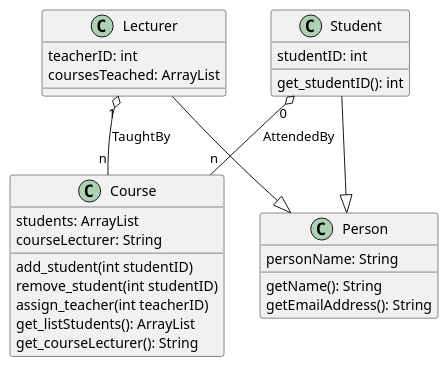
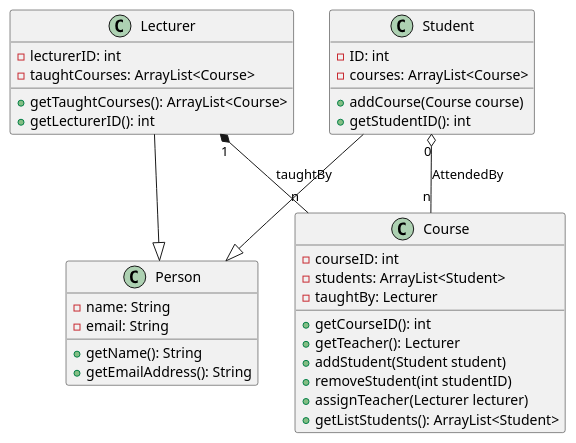
One commit to ronaldngounou/FoundSoftEng changed the diagram in Project1/project1_ex2.wsd. Above: the diagram before and after it, drawn with PlantUML. The commit also changed 2 other files, not shown here.

```diff
--- a/Project1/project1_ex2.wsd
+++ b/Project1/project1_ex2.wsd
@@ -1,37 +1,47 @@
 @startuml
 
-class Course{
-    students: ArrayList
-    courseLecturer: String
-
-    add_student(int studentID)
-    remove_student(int studentID)
-    assign_teacher(int teacherID)
-    get_listStudents(): ArrayList
-    get_courseLecturer(): String
+class Person{
+    -name: String
+    -email: String
+    +getName(): String 
+    +getEmailAddress(): String 
 }
 
 class Lecturer{
-    teacherID: int
-    coursesTeached: ArrayList
+    -lecturerID: int 
+    -taughtCourses: ArrayList<Course>
+    +getTaughtCourses(): ArrayList<Course>
+    +getLecturerID(): int 
+}
+
+class Course{
+    -courseID: int 
+    -students: ArrayList<Student>
+    -taughtBy: Lecturer
+
+    +getCourseID(): int 
+    +getTeacher(): Lecturer
+    +addStudent(Student student)
+    +removeStudent(int studentID)
+    +assignTeacher(Lecturer lecturer)
+    +getListStudents(): ArrayList<Student>
+   
+    
+}
+
+class Student{
+    -ID: int 
+    -courses: ArrayList<Course>
+    +addCourse(Course course)
+    +getStudentID(): int 
+    
 }
 
 
-class Student{
-    studentID: int 
-    get_studentID(): int 
-}
-
-class Person{
-    personName: String
-    getName(): String 
-    getEmailAddress(): String 
-}
-
-Lecturer "1" o-- "n" Course : TaughtBy
+Lecturer "1" *-- "n" Course : taughtBy
 Student "0" o-- "n"  Course : AttendedBy
 Lecturer --|> Person
 Student --|> Person 
 
 
 @enduml
```
